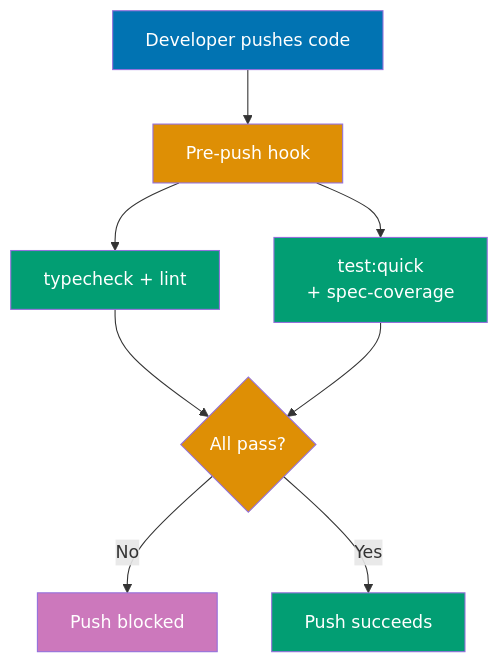
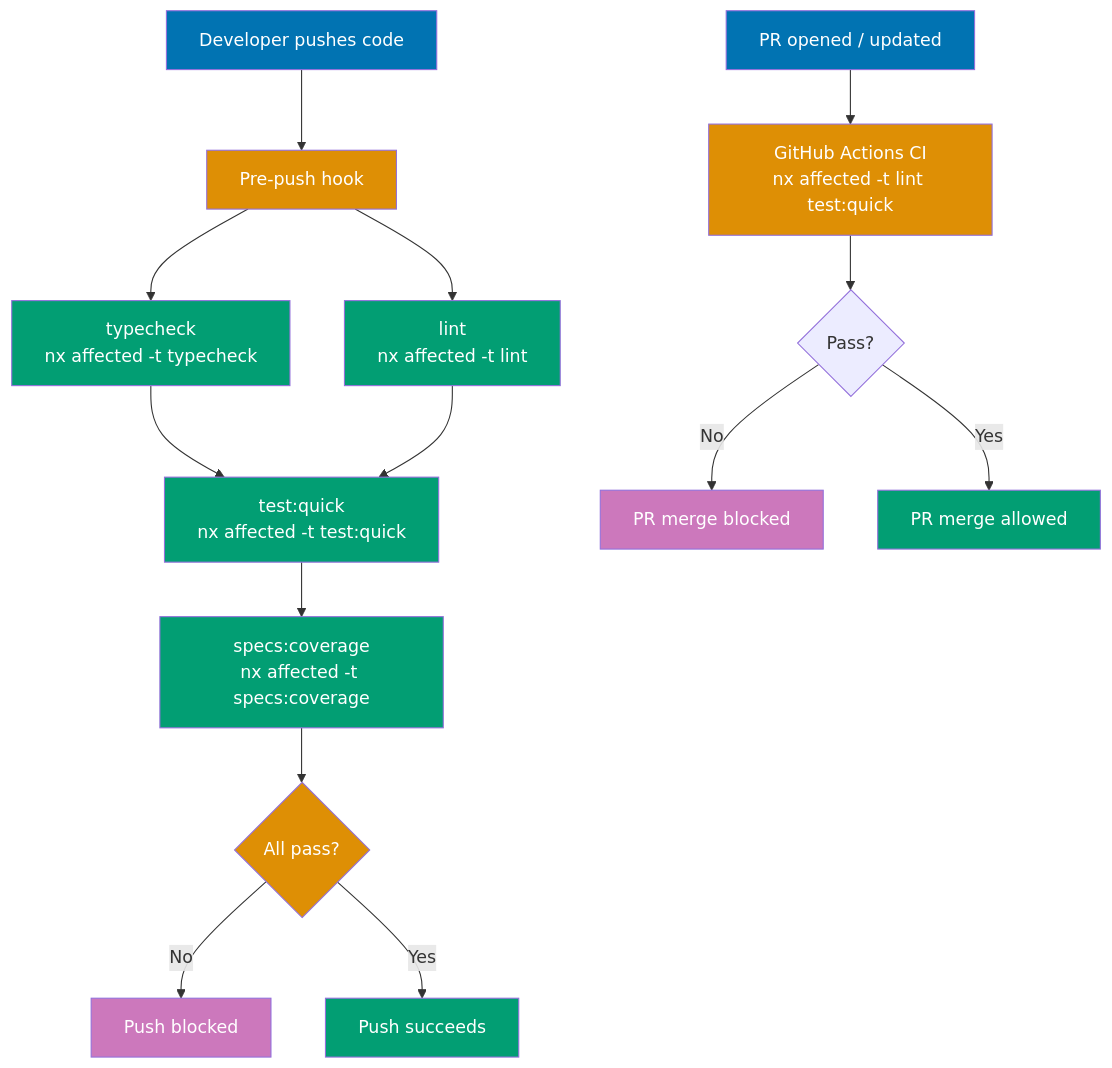
One commit to wahidyankf/ose-primer changed the first of 2 diagrams in repo-governance/development/infra/nx-targets.md. Above: the diagram before and after it, drawn with Mermaid. The commit also changed other lines of this file and 35 other files, not shown here.

````diff
--- a/repo-governance/development/infra/nx-targets.md
+++ b/repo-governance/development/infra/nx-targets.md
@@ -27,18 +25,31 @@
 ```mermaid
 flowchart TD
     A[Developer pushes code] --> B[Pre-push hook]
-    B --> C["typecheck + lint"]
-    B --> E["test:quick<br/>+ spec-coverage"]
-    C --> F{All pass?}
-    E --> F
+    B --> C["typecheck<br/>nx affected -t typecheck"]
+    B --> D["lint<br/>nx affected -t lint"]
+    C --> E["test:quick<br/>nx affected -t test:quick"]
+    D --> E
+    E --> SC["specs:coverage<br/>nx affected -t specs:coverage"]
+    SC --> F{All pass?}
     F -- No --> G[Push blocked]
     F -- Yes --> H[Push succeeds]
+
+    P[PR opened / updated] --> Q["GitHub Actions CI<br/>nx affected -t lint test:quick"]
+    Q --> R{Pass?}
+    R -- No --> S[PR merge blocked]
+    R -- Yes --> T[PR merge allowed]
 
     style A fill:#0173B2,color:#fff
     style B fill:#DE8F05,color:#fff
     style C fill:#029E73,color:#fff
+    style D fill:#029E73,color:#fff
     style E fill:#029E73,color:#fff
+    style SC fill:#029E73,color:#fff
     style F fill:#DE8F05,color:#fff
     style G fill:#CC78BC,color:#fff
     style H fill:#029E73,color:#fff
+    style P fill:#0173B2,color:#fff
+    style Q fill:#DE8F05,color:#fff
+    style S fill:#CC78BC,color:#fff
+    style T fill:#029E73,color:#fff
 ```
````
